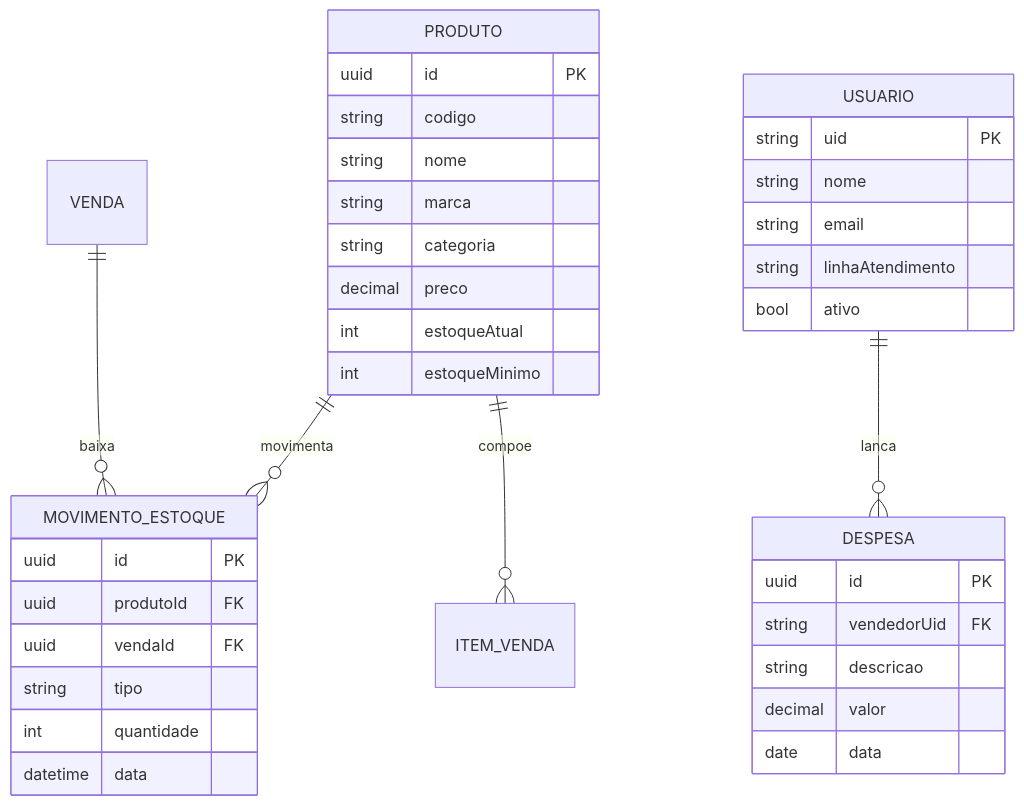
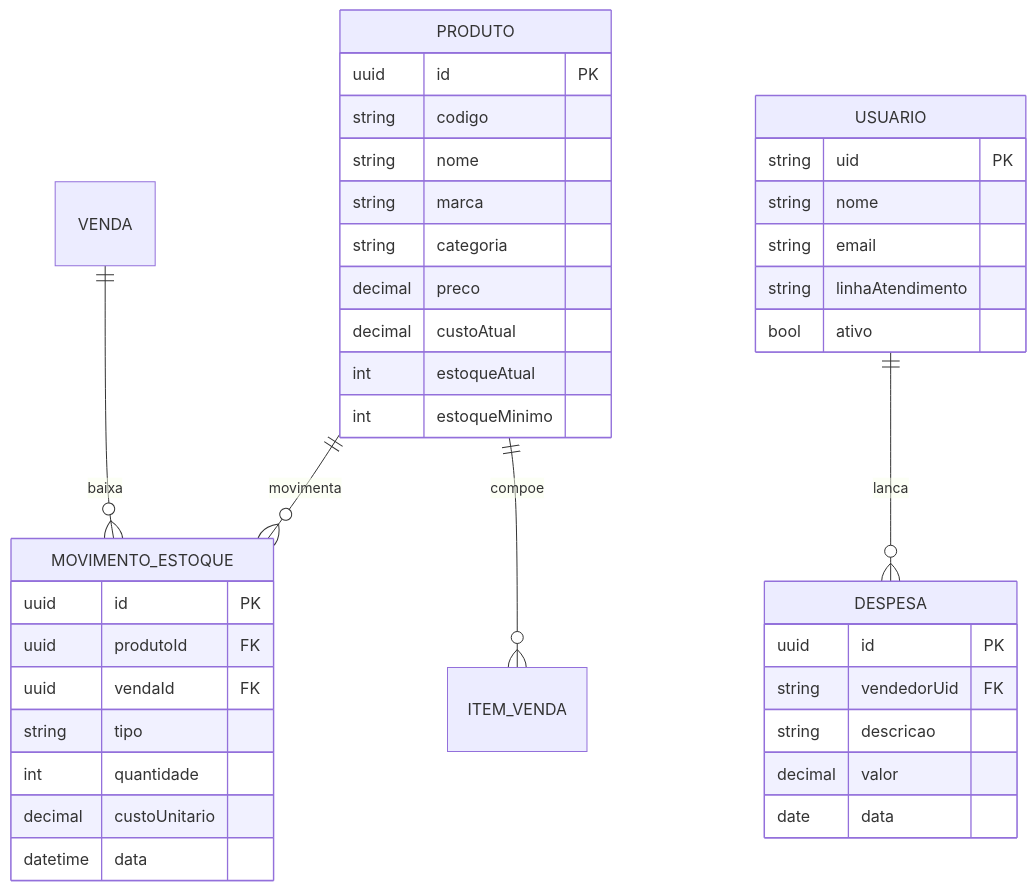
One commit to ThiagoErik55/cesta_basica_lopez_mobile changed the fourth of 4 diagrams in docs/modelo-logico.md. Above: the diagram before and after it, drawn with Mermaid. The commit also changed other lines of this file, not shown here.

````diff
--- a/docs/modelo-logico.md
+++ b/docs/modelo-logico.md
@@ -221,40 +246,42 @@
 ```mermaid
 erDiagram
   PRODUTO ||--o{ MOVIMENTO_ESTOQUE : movimenta
   PRODUTO ||--o{ ITEM_VENDA : compoe
   VENDA ||--o{ MOVIMENTO_ESTOQUE : baixa
   USUARIO ||--o{ DESPESA : lanca
 
   PRODUTO {
     uuid id PK
     string codigo
     string nome
     string marca
     string categoria
     decimal preco
+    decimal custoAtual
     int estoqueAtual
     int estoqueMinimo
   }
   MOVIMENTO_ESTOQUE {
     uuid id PK
     uuid produtoId FK
     uuid vendaId FK
     string tipo
     int quantidade
+    decimal custoUnitario
     datetime data
   }
   DESPESA {
     uuid id PK
     string vendedorUid FK
     string descricao
     decimal valor
     date data
   }
   USUARIO {
     string uid PK
     string nome
     string email
     string linhaAtendimento
     bool ativo
   }
 ```
````
